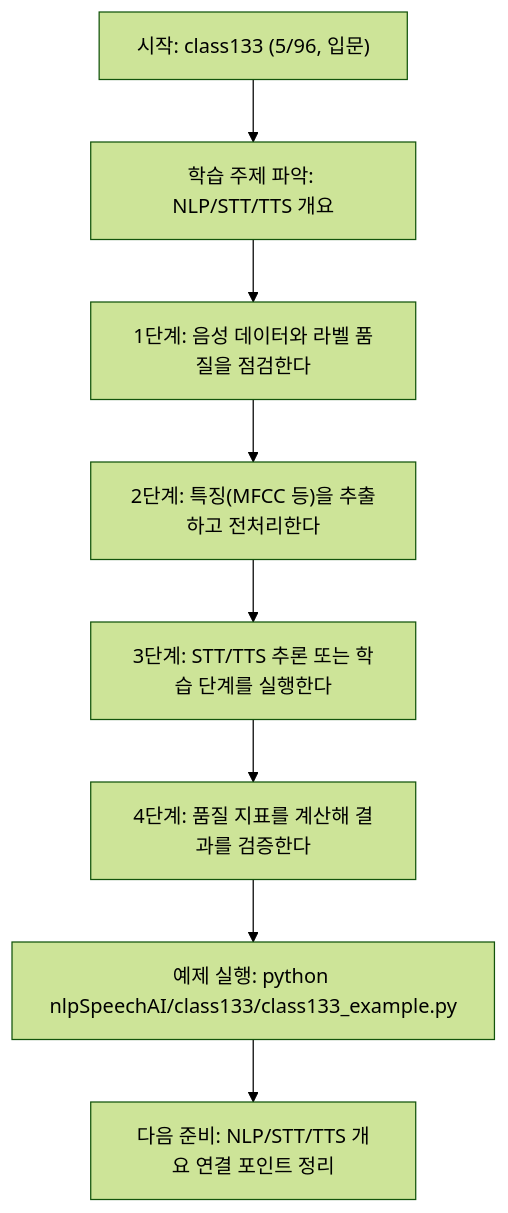
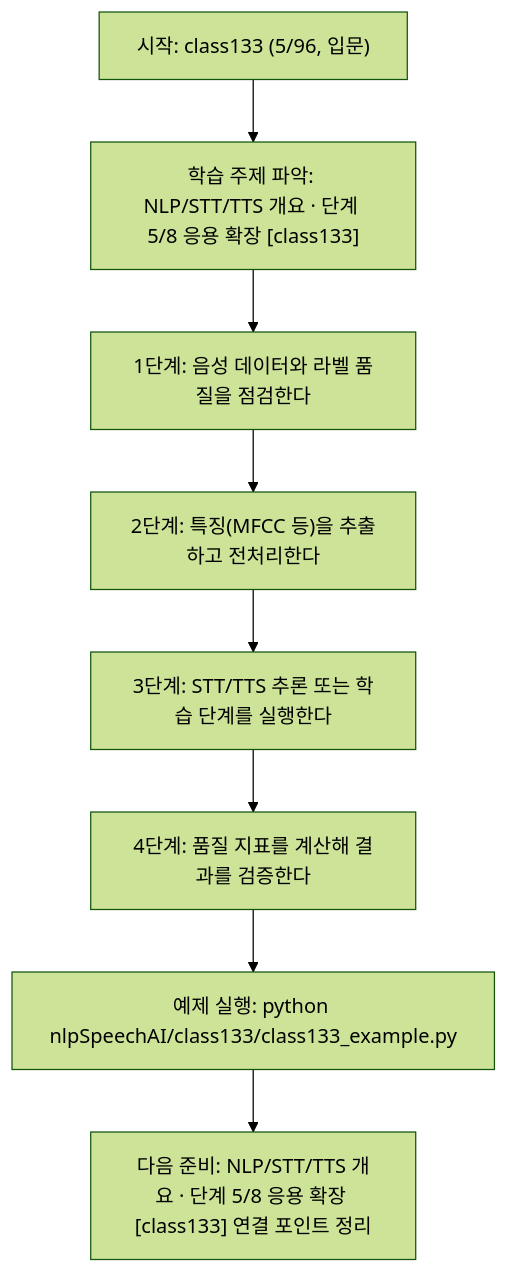
One commit to edumgt/Python-AI_Agent-Class changed the diagram in nlpSpeechAI/class133/class133.md. Above: the diagram before and after it, drawn with Mermaid (forest theme). The commit also changed other lines of this file and 522 other files, not shown here.

````diff
--- a/nlpSpeechAI/class133/class133.md
+++ b/nlpSpeechAI/class133/class133.md
@@ -114,18 +115,18 @@
 ```mermaid
 flowchart TD
 N1["시작: class133 (5/96, 입문)"]
-N2["학습 주제 파악: NLP/STT/TTS 개요"]
+N2["학습 주제 파악: NLP/STT/TTS 개요 · 단계 5/8 응용 확장 [class133]"]
 N3["1단계: 음성 데이터와 라벨 품질을 점검한다"]
 N4["2단계: 특징(MFCC 등)을 추출하고 전처리한다"]
 N5["3단계: STT/TTS 추론 또는 학습 단계를 실행한다"]
 N6["4단계: 품질 지표를 계산해 결과를 검증한다"]
 N7["예제 실행: python nlpSpeechAI/class133/class133_example.py"]
-N8["다음 준비: NLP/STT/TTS 개요 연결 포인트 정리"]
+N8["다음 준비: NLP/STT/TTS 개요 · 단계 5/8 응용 확장 [class133] 연결 포인트 정리"]
 N1 --> N2
 N2 --> N3
 N3 --> N4
 N4 --> N5
 N5 --> N6
 N6 --> N7
 N7 --> N8
 ```
````
